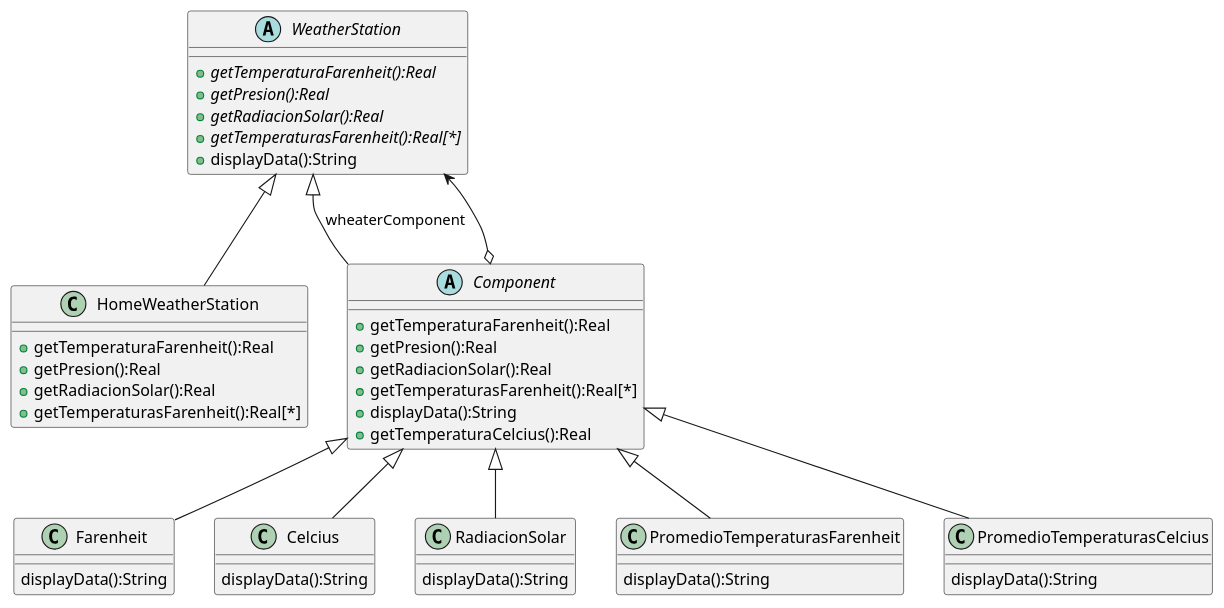
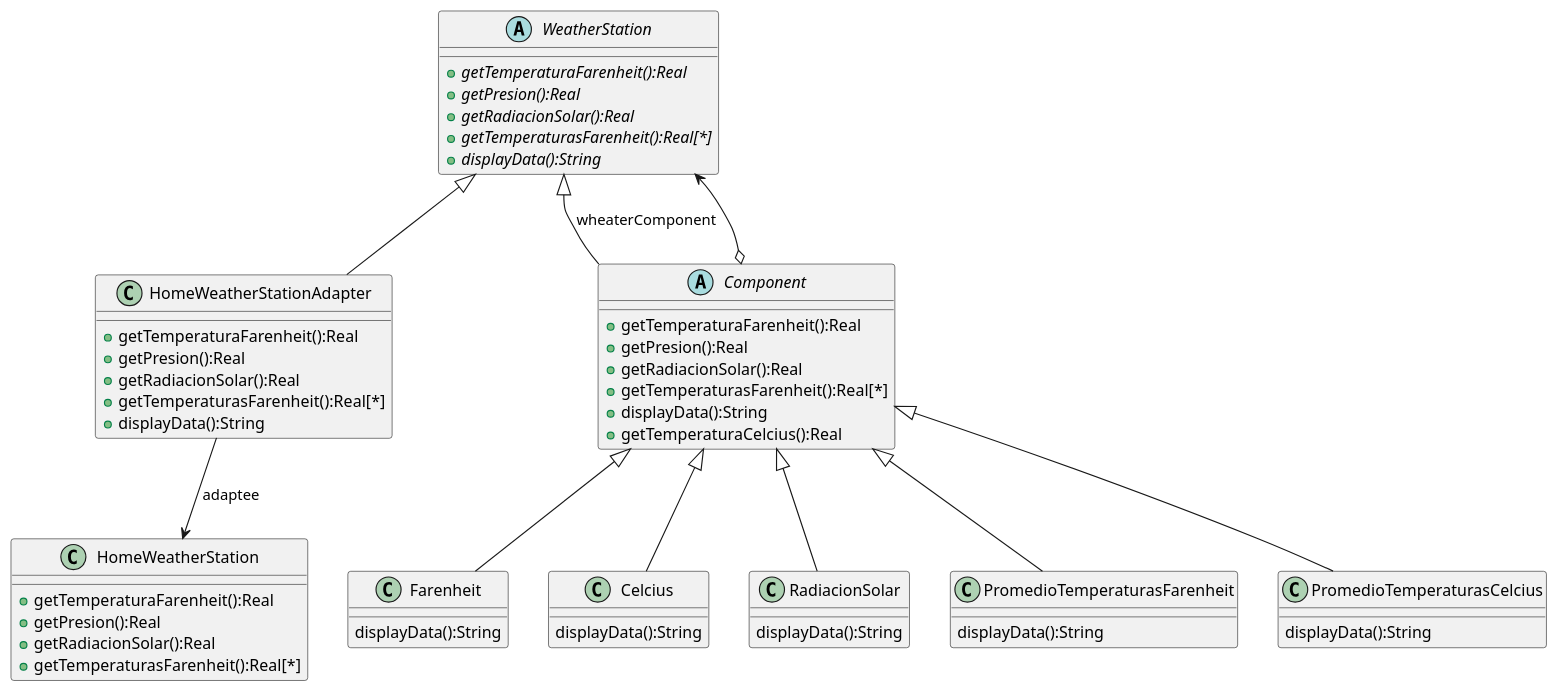
One commit to Ruyy7/OO2 changed the diagram in Parciales/ParcialPatrones2/UML.wsd. Above: the diagram before and after it, drawn with PlantUML. The commit also changed 1 other file, not shown here.

Commit message:
Corrigo UML, agrego adapter

```diff
--- a/Parciales/ParcialPatrones2/UML.wsd
+++ b/Parciales/ParcialPatrones2/UML.wsd
@@ -1,56 +1,65 @@
 @startuml
 class HomeWeatherStation{
     + getTemperaturaFarenheit():Real
     + getPresion():Real
     + getRadiacionSolar():Real
     + getTemperaturasFarenheit():Real[*]
 }
 
+class HomeWeatherStationAdapter{
+    + getTemperaturaFarenheit():Real
+    + getPresion():Real
+    + getRadiacionSolar():Real
+    + getTemperaturasFarenheit():Real[*]
+    + displayData():String
+}
+
 abstract class WeatherStation{
     +{abstract} getTemperaturaFarenheit():Real
     +{abstract} getPresion():Real
     +{abstract} getRadiacionSolar():Real
     +{abstract} getTemperaturasFarenheit():Real[*]
-    + displayData():String
+    +{abstract} displayData():String
 }
 
 abstract class Component{
     + getTemperaturaFarenheit():Real
     + getPresion():Real
     + getRadiacionSolar():Real
     + getTemperaturasFarenheit():Real[*]
     + displayData():String
     + getTemperaturaCelcius():Real
 }
 
 class Farenheit{
     displayData():String
 }
 
 class Celcius{
     displayData():String
 }
 
 class RadiacionSolar{
     displayData():String
 }
 
 class PromedioTemperaturasFarenheit{
     displayData():String
 }
 
 class PromedioTemperaturasCelcius{
     displayData():String
 }
 
-WeatherStation <|-- HomeWeatherStation
+WeatherStation <|-- HomeWeatherStationAdapter
+HomeWeatherStationAdapter --> HomeWeatherStation:adaptee
 WeatherStation <|-- Component:wheaterComponent
 skinparam groupInheritance 1
 Component <|-- Farenheit
 Component <|-- Celcius
 Component <|-- RadiacionSolar
 Component <|-- PromedioTemperaturasFarenheit
 Component <|-- PromedioTemperaturasCelcius
 Component o--> WeatherStation
 
 @enduml
```
